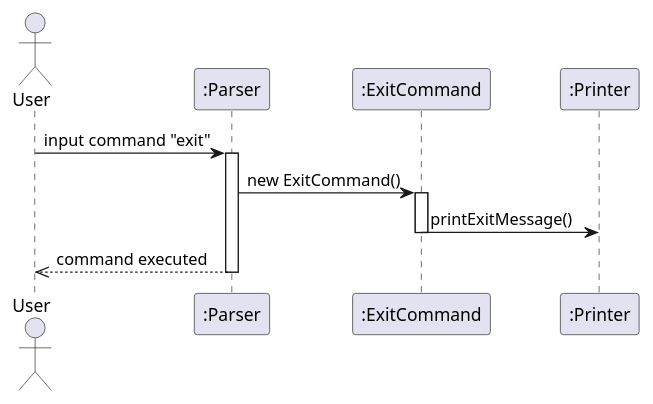
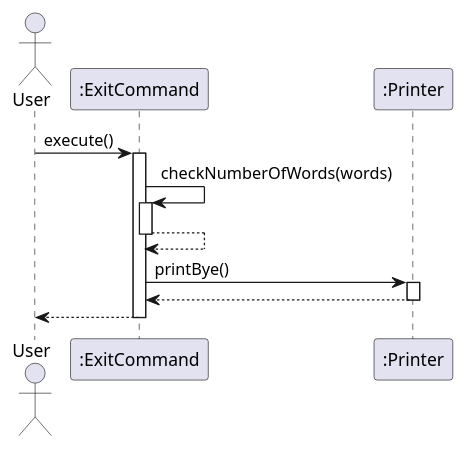
Before and after one commit to timothyloh0523/tp: the diagram in docs/diagrams/exit.puml, drawn with PlantUML. The commit also changed 12 other files, not shown here.

Commit message:
Add steps for features and edit sequence diagrams

```diff
--- a/docs/diagrams/exit.puml
+++ b/docs/diagrams/exit.puml
@@ -1,18 +1,21 @@
 @startuml
 actor User as User
-participant Parser as ":Parser"
 participant ExitCommand as ":ExitCommand"
 participant Printer as ":Printer"
 
-User -> Parser: input command "exit"
-activate Parser
-
-Parser -> ExitCommand: new ExitCommand()
+User -> ExitCommand: execute()
 activate ExitCommand
 
-ExitCommand -> Printer: printExitMessage()
+
+ExitCommand -> ExitCommand: checkNumberOfWords(words)
+activate ExitCommand
+ExitCommand --> ExitCommand
 deactivate ExitCommand
 
-Parser -->> User: command executed
-deactivate Parser
+ExitCommand -> Printer: printBye()
+activate Printer
+Printer --> ExitCommand
+deactivate Printer
+ExitCommand --> User
+deactivate ExitCommand
 @enduml
```
